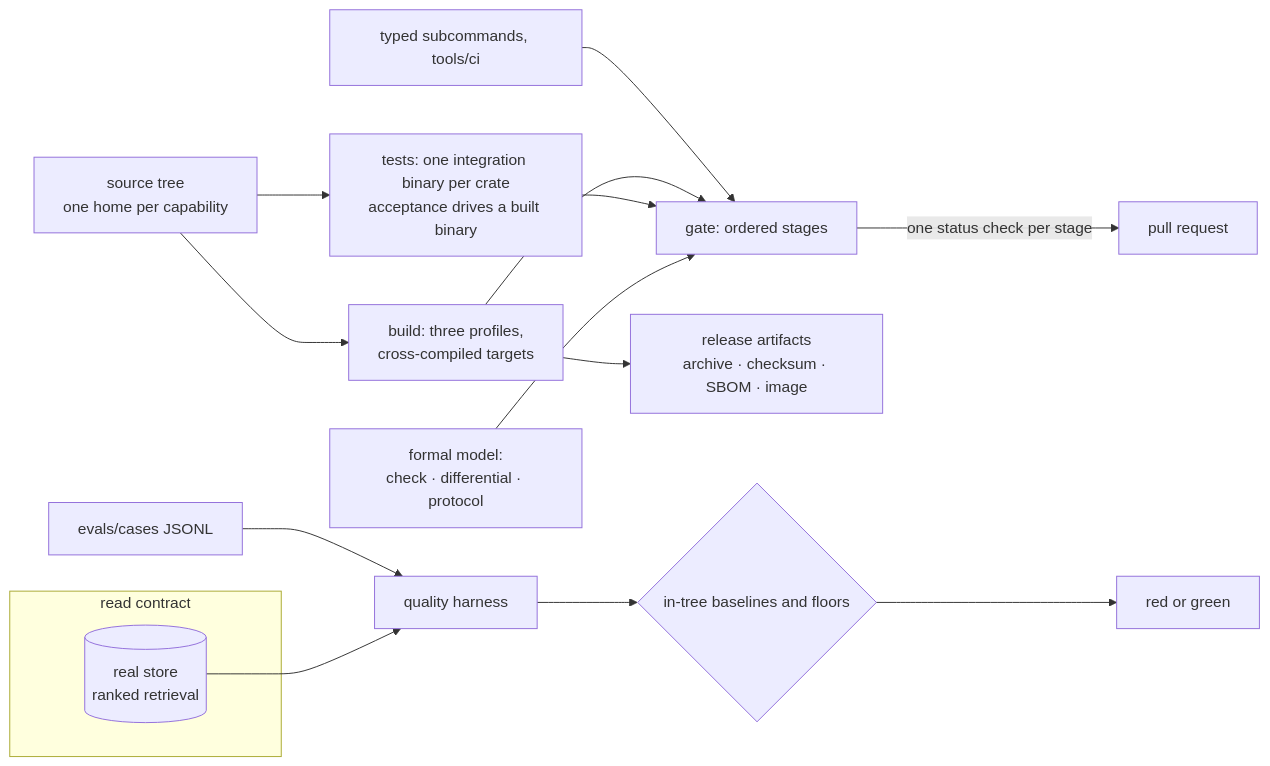
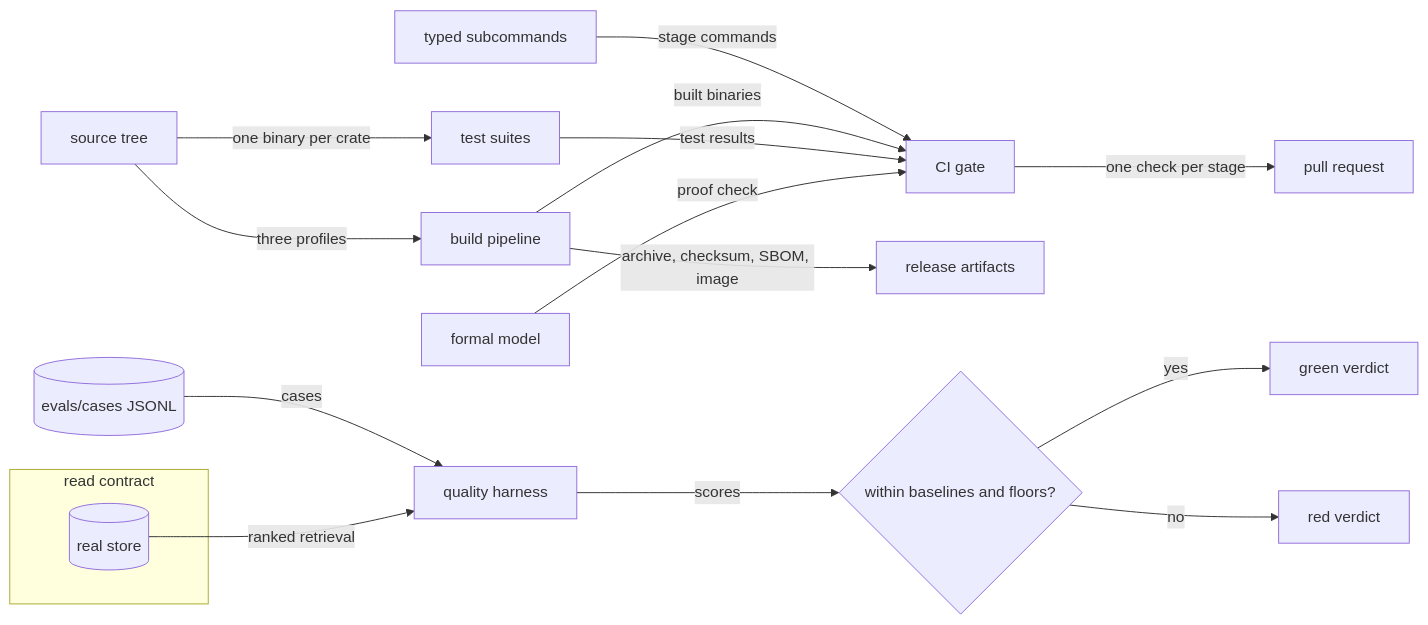
Before and after one commit to fractalboxdev/contextful: the first of 3 diagrams in spec/81-engineering.md, drawn with Mermaid. The commit also changed other lines of this file and 44 other files, not shown here.

First line of the commit message:
spec: diagrams draw entities and flows, and the checker enforces it (#12)

````diff
--- a/spec/81-engineering.md
+++ b/spec/81-engineering.md
@@ -21,18 +21,19 @@
 ```mermaid
 flowchart LR
-  SRC["source tree<br/>one home per capability"] --> BUILD["build: three profiles,<br/>cross-compiled targets"]
-  SRC --> TESTS["tests: one integration binary per crate<br/>acceptance drives a built binary"]
-  AUTO["typed subcommands, tools/ci"] --> GATE["gate: ordered stages"]
-  BUILD --> GATE
-  TESTS --> GATE
-  FORMAL["formal model:<br/>check · differential · protocol"] --> GATE
-  GATE -- "one status check per stage" --> PR["pull request"]
-  BUILD --> ART["release artifacts<br/>archive · checksum · SBOM · image"]
+  SRC["source tree"] -->|"three profiles"| BUILD["build pipeline"]
+  SRC -->|"one binary per crate"| TESTS["test suites"]
+  AUTO["typed subcommands"] -->|"stage commands"| GATE["CI gate"]
+  BUILD -->|"built binaries"| GATE
+  TESTS -->|"test results"| GATE
+  FORMAL["formal model"] -->|"proof check"| GATE
+  GATE -->|"one check per stage"| PR["pull request"]
+  BUILD -->|"archive, checksum, SBOM, image"| ART["release artifacts"]
   subgraph read["read contract"]
-    STORE[("real store<br/>ranked retrieval")]
+    STORE[("real store")]
   end
-  CASES["evals/cases JSONL"] --> EVAL["quality harness"]
-  STORE --> EVAL
-  EVAL --> BASE{"in-tree baselines and floors"}
-  BASE --> V["red or green"]
+  CASES[("evals/cases JSONL")] -->|"cases"| EVAL["quality harness"]
+  STORE -->|"ranked retrieval"| EVAL
+  EVAL -->|"scores"| BASE{"within baselines and floors?"}
+  BASE -->|"yes"| GREEN["green verdict"]
+  BASE -->|"no"| REDV["red verdict"]
 ```
````
